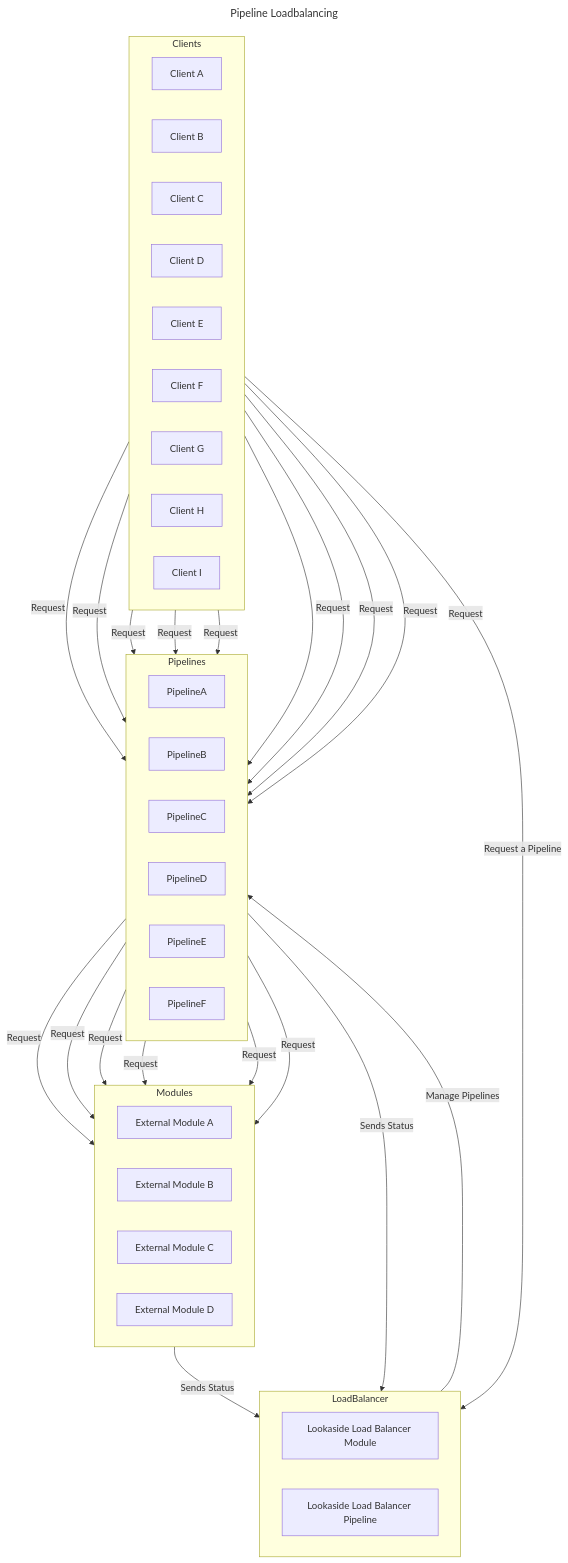
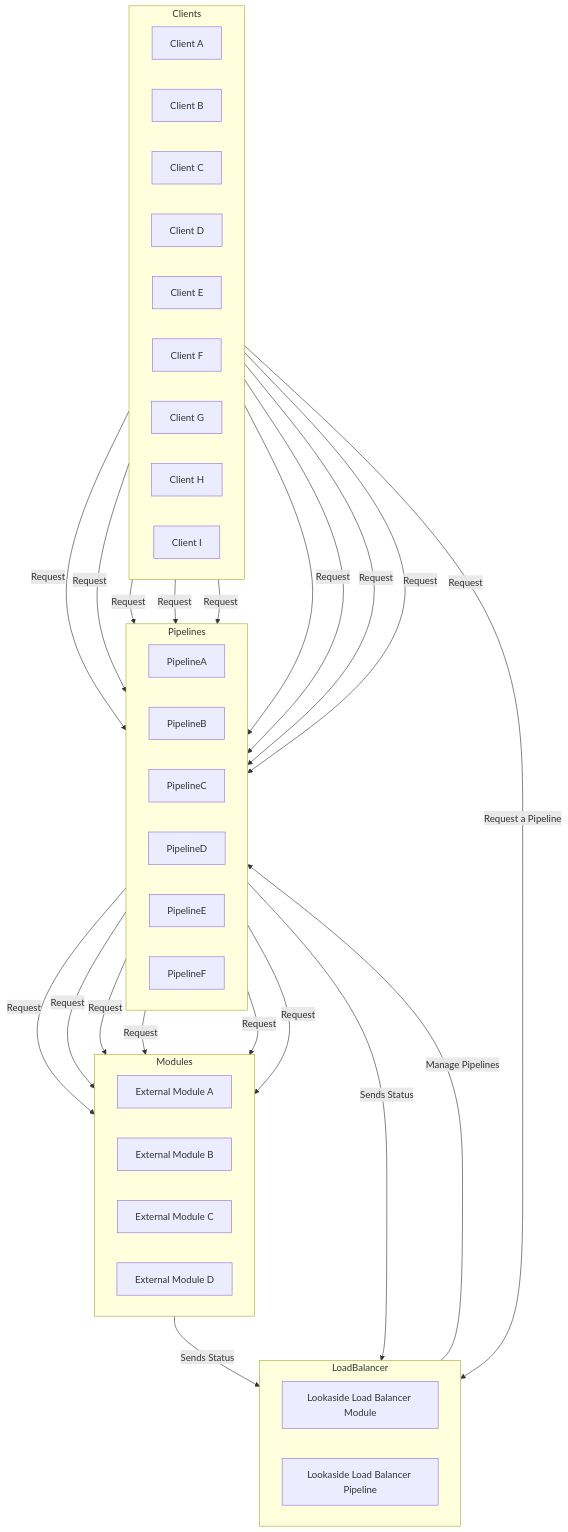
The sixth of 6 diagrams in README.md (bigbluebutton-bot/stream_pipeline), drawn with Mermaid before and after one commit. The commit also changed other lines of this file and 1 other file, not shown here.

````diff
--- a/README.md
+++ b/README.md
@@ -289,67 +312,53 @@
 ```mermaid
----
-title: Pipeline Loadbalancing
----
-
 flowchart TD
     subgraph Clients
         direction RL
         ClientA[Client A]
         ClientB[Client B]
         ClientC[Client C]
         ClientD[Client D]
         ClientE[Client E]
         ClientF[Client F]
         ClientG[Client G]
         ClientH[Client H]
         ClientI[Client I]
     end
-
     ClientA -->|Request| PipelineA
     ClientB -->|Request| PipelineA
     ClientC -->|Request| PipelineB
     ClientD -->|Request| PipelineC
     ClientE -->|Request| PipelineD
     ClientF -->|Request| PipelineD
     ClientG -->|Request| PipelineD
     ClientH -->|Request| PipelineE
     ClientI -->|Request| PipelineF
 
-
-
     subgraph LoadBalancer
         direction LR
         LLBM[Lookaside Load Balancer Module]
         LLBP[Lookaside Load Balancer Pipeline]
     end
 
-
-
-
     Clients --> | Request a Pipeline | LLBP
     LLBM --> |Manage Pipelines| Pipelines
-
     Pipelines --> | Sends Status | LoadBalancer
     Modules -->|Sends Status| LLBM
-
-
-
 
     subgraph Modules
         direction RL
         ExternalModuleA[External Module A]
         ExternalModuleB[External Module B]
         ExternalModuleC[External Module C]
         ExternalModuleD[External Module D]
     end
 
     subgraph Pipelines
         direction RL
         PipelineA -->|Request| ExternalModuleA
         PipelineB -->|Request| ExternalModuleA
         PipelineC -->|Request| ExternalModuleB
         PipelineD -->|Request| ExternalModuleC
         PipelineE -->|Request| ExternalModuleD
         PipelineF -->|Request| ExternalModuleD
     end
 ```
````
